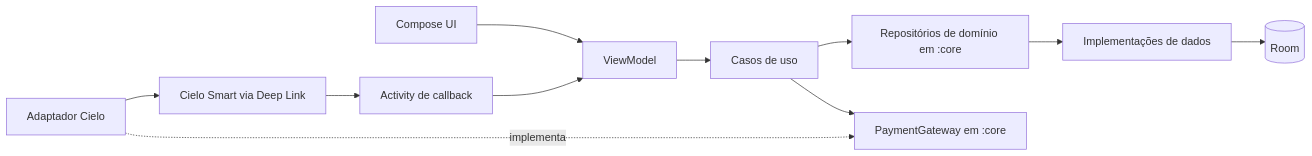
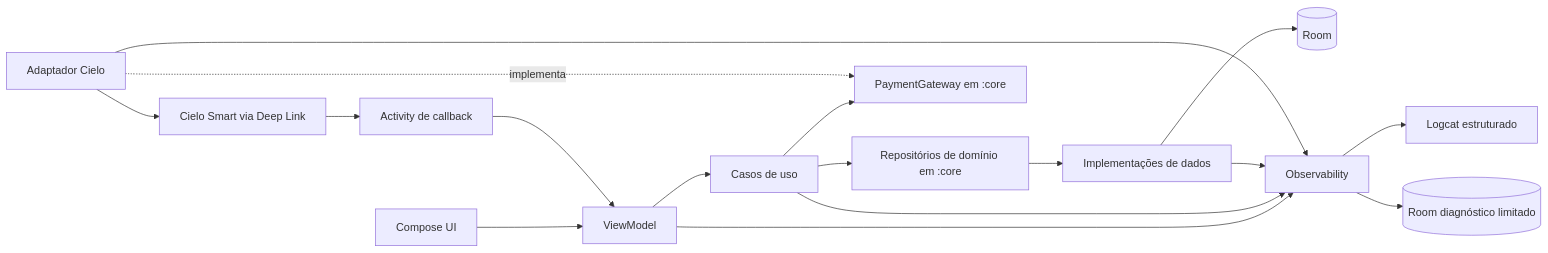
One commit to pedrinhocef/cielo-ticket-sales changed the first of 2 diagrams in README.md. Above: the diagram before and after it, drawn with Mermaid. The commit also changed other lines of this file and 34 other files, not shown here.

````diff
--- a/README.md
+++ b/README.md
@@ -22,13 +23,19 @@
 ```mermaid
 flowchart LR
     UI[Compose UI] --> VM[ViewModel]
     VM --> UC[Casos de uso]
     UC --> DR[Repositórios de domínio em :core]
     UC --> GATEWAY[PaymentGateway em :core]
     DR --> DATA[Implementações de dados]
     DATA --> ROOM[(Room)]
     CIELO[Adaptador Cielo] -. implementa .-> GATEWAY
     CIELO --> APP[Cielo Smart via Deep Link]
     APP --> CALLBACK[Activity de callback]
     CALLBACK --> VM
+    VM --> OBS[Observability]
+    UC --> OBS
+    DATA --> OBS
+    CIELO --> OBS
+    OBS --> LOGCAT[Logcat estruturado]
+    OBS --> DIAGNOSTICS[(Room diagnóstico limitado)]
 ```
````
